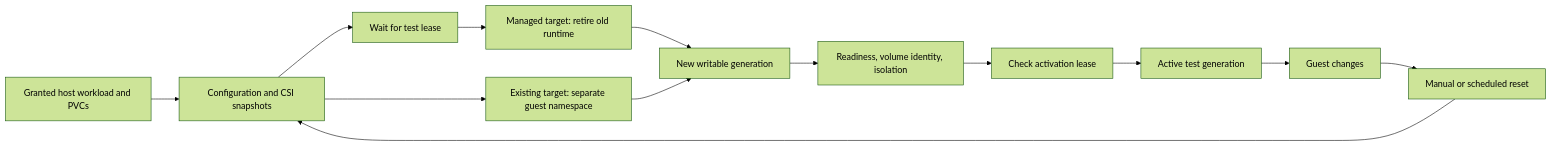
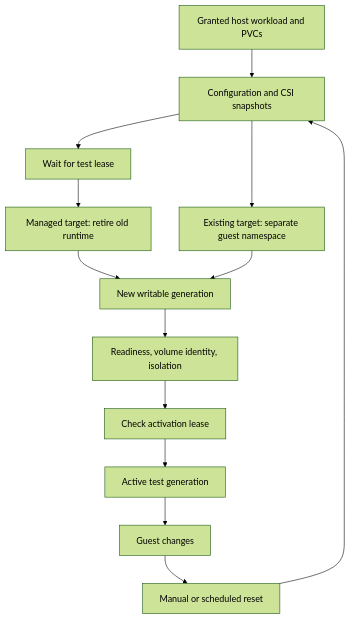
One commit to nimeshbuilds/cluster-replica changed the diagram in docs/guides/mirrors.md. Above: the diagram before and after it, drawn with Mermaid (forest theme).

Commit message:
Keep the mirror workflow diagram readable on narrow screens

````diff
--- a/docs/guides/mirrors.md
+++ b/docs/guides/mirrors.md
@@ -9,15 +9,15 @@
 ```mermaid
-flowchart LR
+flowchart TB
   Source[Granted host workload and PVCs] --> Capture[Configuration and CSI snapshots]
   Capture --> Lease[Wait for test lease]
   Lease --> Replace[Managed target: retire old runtime]
   Replace --> Candidate[New writable generation]
   Capture --> Existing[Existing target: separate guest namespace]
   Existing --> Candidate
   Candidate --> Checks[Readiness, volume identity, isolation]
   Checks --> ActivationLease[Check activation lease]
   ActivationLease --> Active[Active test generation]
   Active --> Experiments[Guest changes]
   Experiments --> Reset[Manual or scheduled reset]
   Reset --> Capture
 ```
````
